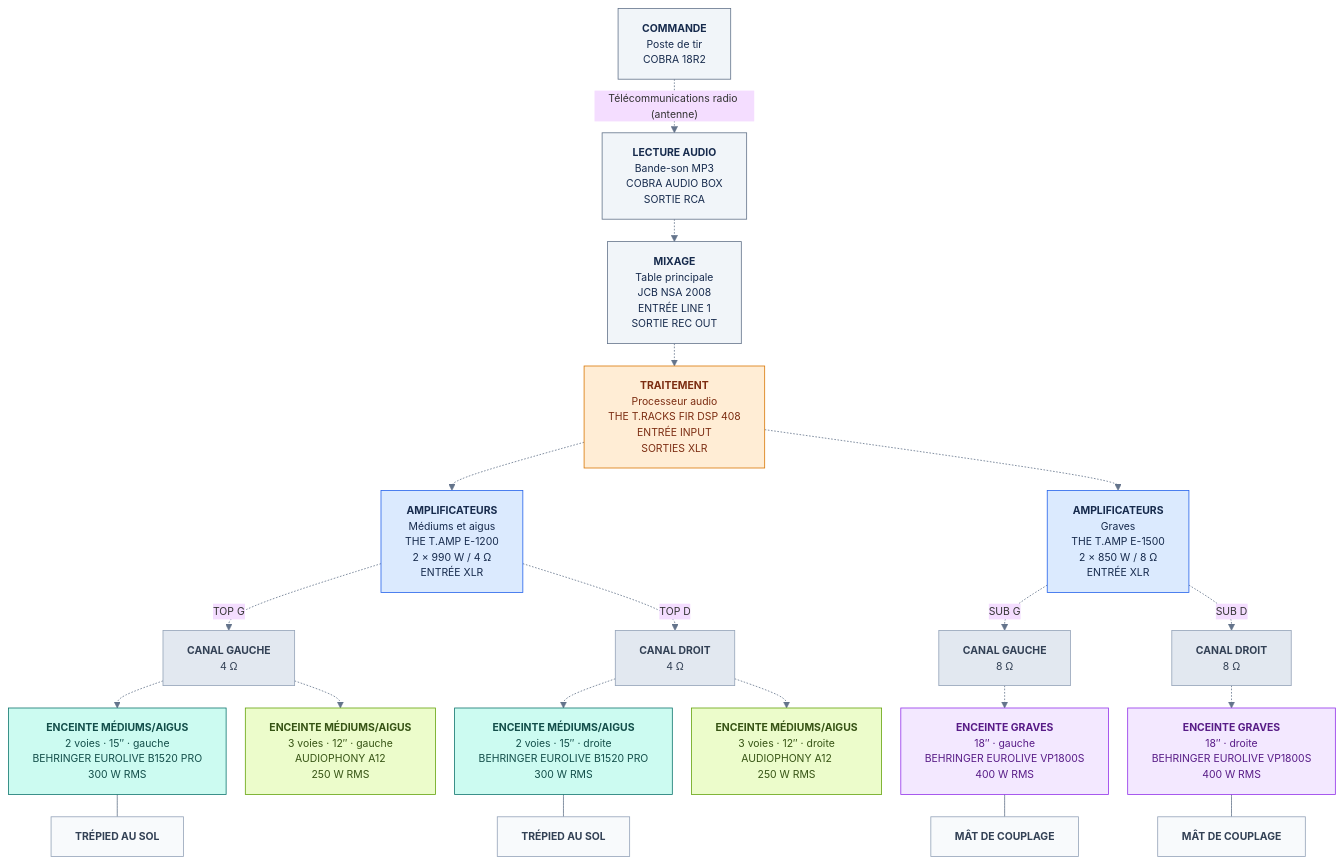
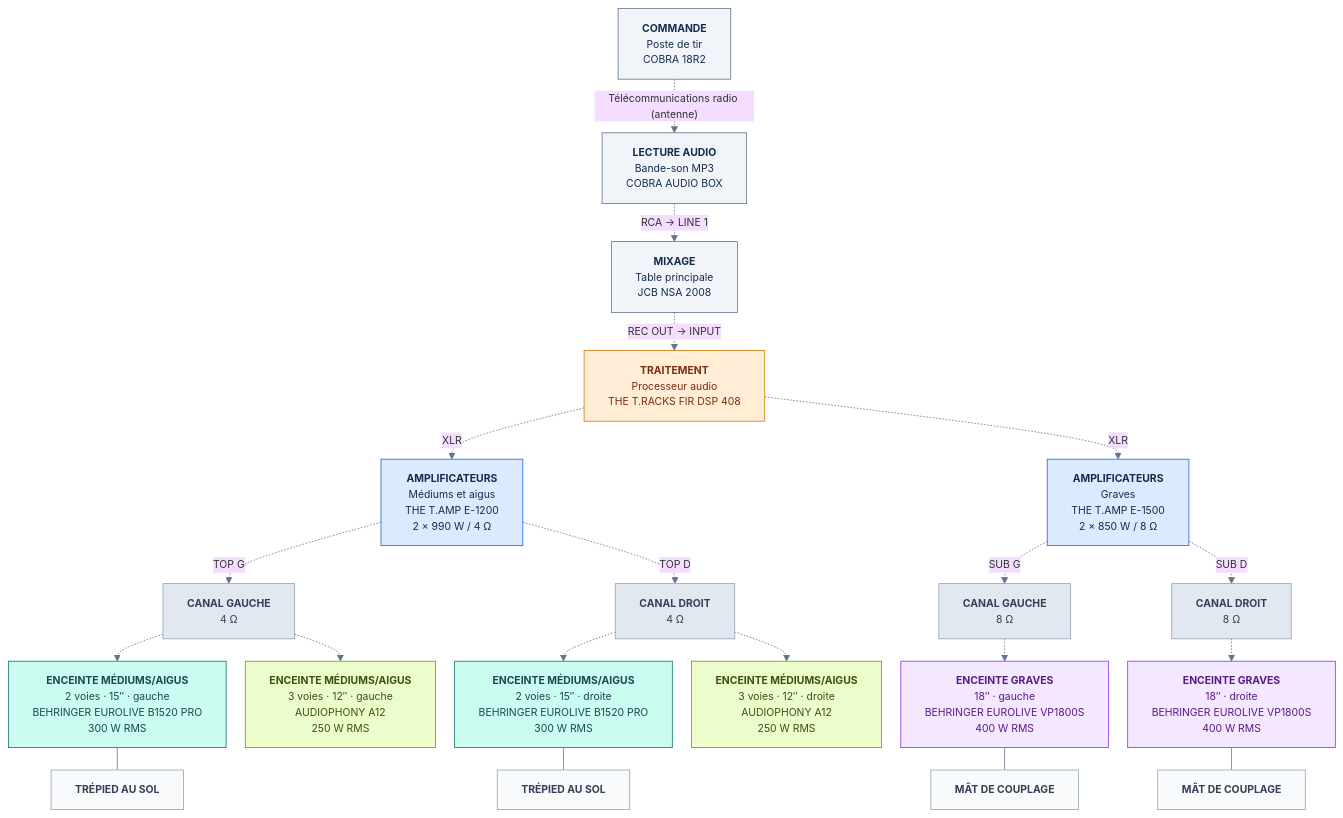
The first of 3 diagrams in README.md (HAZIT-FR/PGE-SONO), drawn with Mermaid before and after one commit.

Commit message:
docs: afficher les entrées et sorties sur les flèches sans espacement ajouté

```diff
--- a/README.md
+++ b/README.md
@@ -34,63 +34,63 @@
 ~~~mermaid
 %%{init: {"flowchart": {"nodeSpacing": 24, "rankSpacing": 28, "htmlLabels": true, "wrappingWidth": 320}, "theme": "base", "themeVariables": {"fontSize": "13px", "lineColor": "#64748b"}}}%%
 flowchart TB
   A["<b>COMMANDE</b><br/>Poste de tir<br/>COBRA 18R2"]
-  B["<b>LECTURE AUDIO</b><br/>Bande-son MP3<br/>COBRA AUDIO BOX<br/>SORTIE RCA"]
-  C["<b>MIXAGE</b><br/>Table principale<br/>JCB NSA 2008<br/>ENTRÉE LINE 1<br/>SORTIE REC OUT"]
-  D["<b>TRAITEMENT</b><br/>Processeur audio<br/>THE T.RACKS FIR DSP 408<br/>ENTRÉE INPUT<br/>SORTIES XLR"]
-  E["<b>AMPLIFICATEURS</b><br/>Médiums et aigus<br/>THE T.AMP E-1200<br/>2 × 990 W / 4 Ω<br/>ENTRÉE XLR"]
-  F["<b>AMPLIFICATEURS</b><br/>Graves<br/>THE T.AMP E-1500<br/>2 × 850 W / 8 Ω<br/>ENTRÉE XLR"]
+  B["<b>LECTURE AUDIO</b><br/>Bande-son MP3<br/>COBRA AUDIO BOX"]
+  C["<b>MIXAGE</b><br/>Table principale<br/>JCB NSA 2008"]
+  D["<b>TRAITEMENT</b><br/>Processeur audio<br/>THE T.RACKS FIR DSP 408"]
+  E["<b>AMPLIFICATEURS</b><br/>Médiums et aigus<br/>THE T.AMP E-1200<br/>2 × 990 W / 4 Ω"]
+  F["<b>AMPLIFICATEURS</b><br/>Graves<br/>THE T.AMP E-1500<br/>2 × 850 W / 8 Ω"]
   LG["<b>CANAL GAUCHE</b><br/>4 Ω"]
   LD["<b>CANAL DROIT</b><br/>4 Ω"]
   FG["<b>CANAL GAUCHE</b><br/>8 Ω"]
   FD["<b>CANAL DROIT</b><br/>8 Ω"]
   BG["<b>ENCEINTE MÉDIUMS/AIGUS</b><br/>2 voies · 15″ · gauche<br/>BEHRINGER EUROLIVE B1520 PRO<br/>300 W RMS"]
   BD["<b>ENCEINTE MÉDIUMS/AIGUS</b><br/>2 voies · 15″ · droite<br/>BEHRINGER EUROLIVE B1520 PRO<br/>300 W RMS"]
   AG["<b>ENCEINTE MÉDIUMS/AIGUS</b><br/>3 voies · 12″ · gauche<br/>AUDIOPHONY A12<br/>250 W RMS"]
   AD["<b>ENCEINTE MÉDIUMS/AIGUS</b><br/>3 voies · 12″ · droite<br/>AUDIOPHONY A12<br/>250 W RMS"]
   SG["<b>ENCEINTE GRAVES</b><br/>18″ · gauche<br/>BEHRINGER EUROLIVE VP1800S<br/>400 W RMS"]
   SD["<b>ENCEINTE GRAVES</b><br/>18″ · droite<br/>BEHRINGER EUROLIVE VP1800S<br/>400 W RMS"]
 
   TG["<b>TRÉPIED AU SOL</b>"]
   TD["<b>TRÉPIED AU SOL</b>"]
   MG["<b>MÂT DE COUPLAGE</b>"]
   MD["<b>MÂT DE COUPLAGE</b>"]
 
   A -. "Télécommunications radio (antenne)" .-> B
-  B -.-> C
-  C -.-> D
-  D -.-> E
-  D -.-> F
+  B -. "RCA → LINE 1" .-> C
+  C -. "REC OUT → INPUT" .-> D
+  D -. "XLR" .-> E
+  D -. "XLR" .-> F
   E -. "TOP G" .-> LG
   E -. "TOP D" .-> LD
   F -. "SUB G" .-> FG
   F -. "SUB D" .-> FD
   LG -.-> BG
   LG -.-> AG
   LD -.-> BD
   LD -.-> AD
   FG -.-> SG
   FD -.-> SD
 
   BG --- TG
   BD --- TD
   SG --- MG
   SD --- MD
 
   classDef commande fill:#f1f5f9,stroke:#64748b,color:#172b4d;
   classDef processeur fill:#ffedd5,stroke:#d97706,color:#7c2d12;
   classDef amplis fill:#dbeafe,stroke:#2563eb,color:#172b4d;
   classDef canaux fill:#e2e8f0,stroke:#94a3b8,color:#334155;
   classDef principales fill:#ccfbf1,stroke:#0f766e,color:#134e4a;
   classDef appoint fill:#ecfccb,stroke:#65a30d,color:#365314;
   classDef basses fill:#f3e8ff,stroke:#9333ea,color:#581c87;
   classDef support fill:#f8fafc,stroke:#94a3b8,color:#334155;
   class A,B,C commande;
   class D processeur;
   class E,F amplis;
   class LG,LD,FG,FD canaux;
   class BG,BD principales;
   class AG,AD appoint;
   class SG,SD basses;
   class TG,TD,MG,MD support;
 ~~~
```
